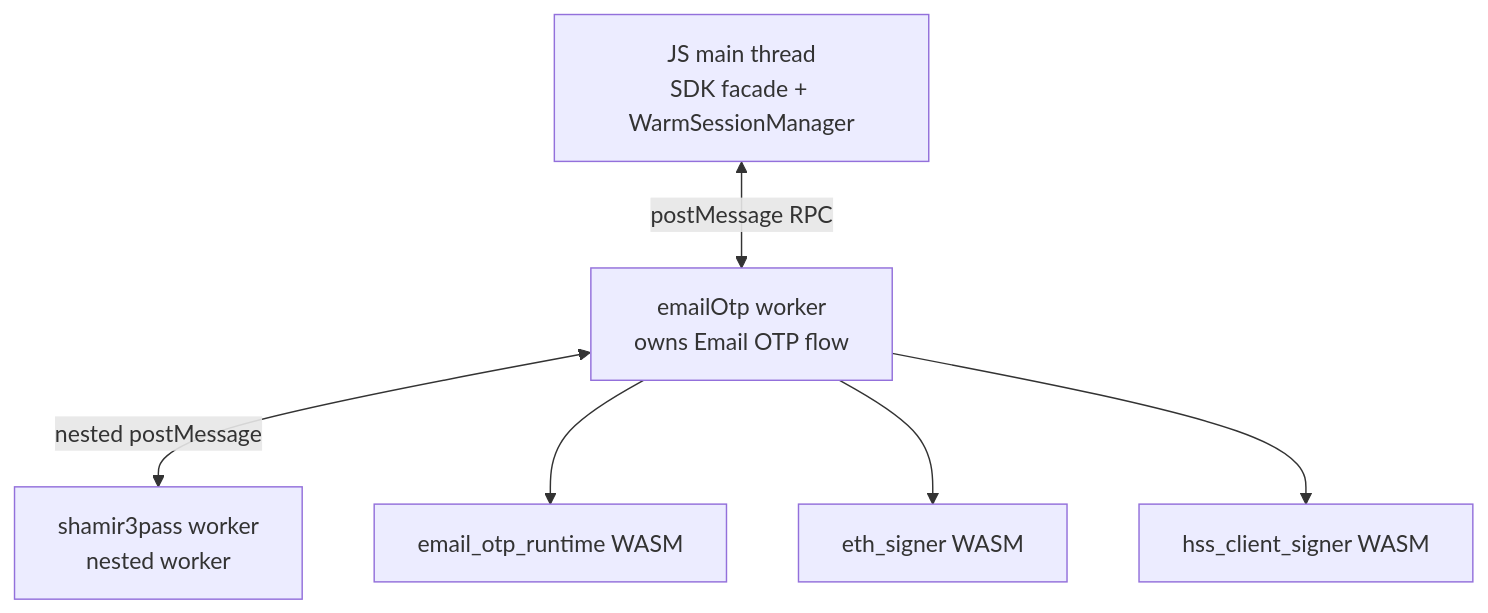
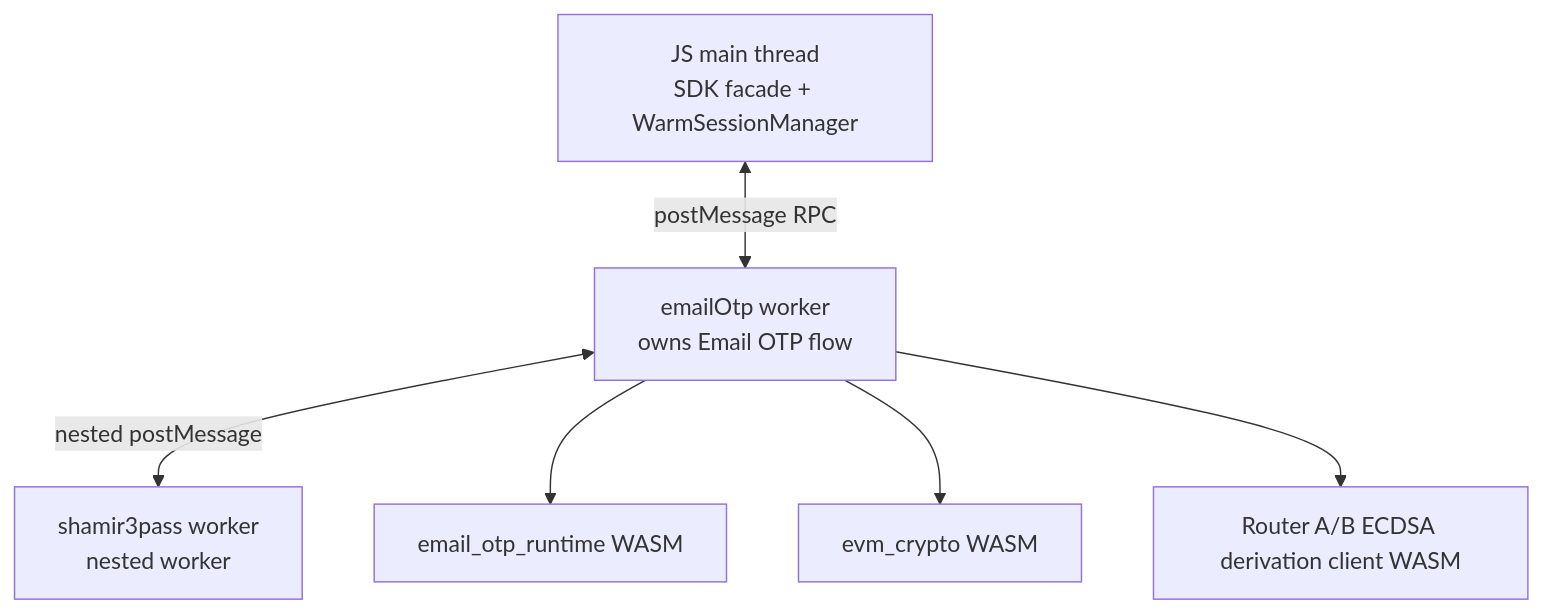
The diagram in docs/otp/email-otp.md (seams-tech/seams-sdk), drawn with Mermaid before and after one commit. The commit also changed other lines of this file and 20 other files, not shown here.

````diff
--- a/docs/otp/email-otp.md
+++ b/docs/otp/email-otp.md
@@ -217,15 +217,15 @@
 ```mermaid
 flowchart TD
   Main["JS main thread<br/>SDK facade + WarmSessionManager"]
   EmailWorker["emailOtp worker<br/>owns Email OTP flow"]
   ShamirWorker["shamir3pass worker<br/>nested worker"]
   OtpWasm["email_otp_runtime WASM"]
-  EthWasm["eth_signer WASM"]
-  HssWasm["hss_client_signer WASM"]
+  EvmCryptoWasm["evm_crypto WASM"]
+  DerivationWasm["Router A/B ECDSA derivation client WASM"]
 
   Main <-->|"postMessage RPC"| EmailWorker
   EmailWorker <-->|"nested postMessage"| ShamirWorker
   EmailWorker --> OtpWasm
-  EmailWorker --> EthWasm
-  EmailWorker --> HssWasm
+  EmailWorker --> EvmCryptoWasm
+  EmailWorker --> DerivationWasm
 ```
````
